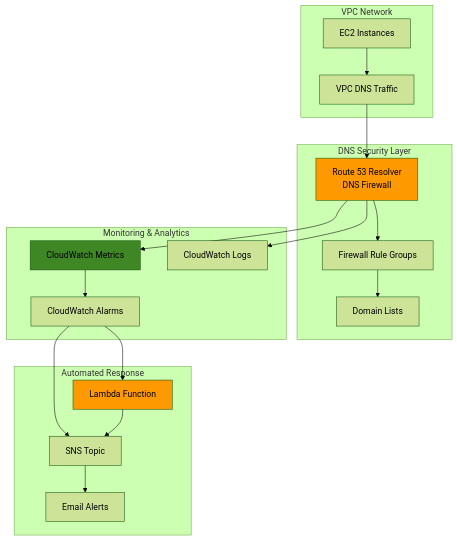
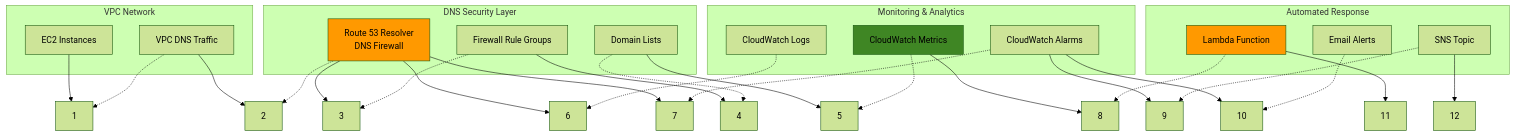
Before and after one commit to mzazon/awesome-cloud-projects: the diagram in aws/dns-security-monitoring/dns-security-monitoring.md, drawn with Mermaid (forest theme). The commit also changed other lines of this file and 5581 other files, not shown here.

````diff
--- a/aws/dns-security-monitoring/dns-security-monitoring.md
+++ b/aws/dns-security-monitoring/dns-security-monitoring.md
@@ -30,41 +30,53 @@
 ```mermaid
 graph TB
     subgraph "VPC Network"
         EC2[EC2 Instances]
         VPC[VPC DNS Traffic]
     end
     
     subgraph "DNS Security Layer"
         DNSFW[Route 53 Resolver<br/>DNS Firewall]
         RULES[Firewall Rule Groups]
         DOMAINS[Domain Lists]
     end
     
     subgraph "Monitoring & Analytics"
         CW[CloudWatch Metrics]
         LOGS[CloudWatch Logs]
         ALARMS[CloudWatch Alarms]
     end
     
     subgraph "Automated Response"
         LAMBDA[Lambda Function]
         SNS[SNS Topic]
         EMAIL[Email Alerts]
     end
     
-    EC2 --> VPC
-    VPC --> DNSFW
-    DNSFW --> RULES
-    RULES --> DOMAINS
-    DNSFW --> CW
-    DNSFW --> LOGS
-    CW --> ALARMS
-    ALARMS --> LAMBDA
-    ALARMS --> SNS
-    LAMBDA --> SNS
-    SNS --> EMAIL
+    EC2-->1
+    VPC-->2
+    DNSFW-->3
+    RULES-->4
+    DOMAINS-->5
+    DNSFW-->6
+    DNSFW-->7
+    CW-->8
+    ALARMS-->9
+    ALARMS-->10
+    LAMBDA-->11
+    SNS-->12
+    
+    VPC-.->1
+    DNSFW-.->2
+    RULES-.->3
+    DOMAINS-.->4
+    CW-.->5
+    LOGS-.->6
+    ALARMS-.->7
+    LAMBDA-.->8
+    SNS-.->9
+    EMAIL-.->10
     
     style DNSFW fill:#FF9900
     style CW fill:#3F8624
     style LAMBDA fill:#FF9900
 ```
````
